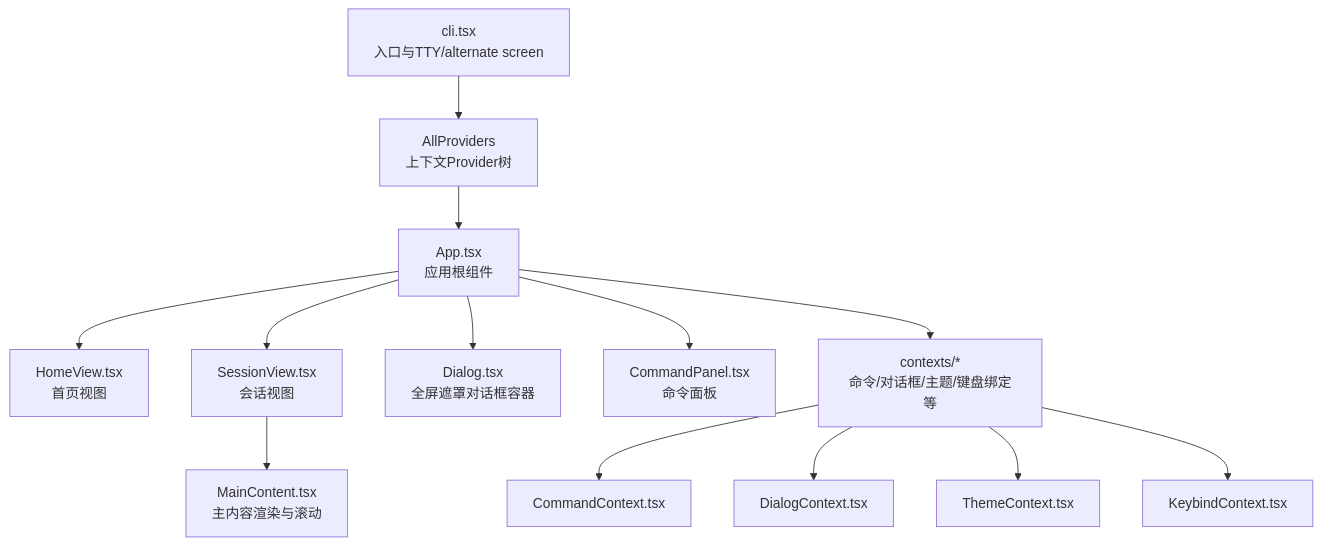
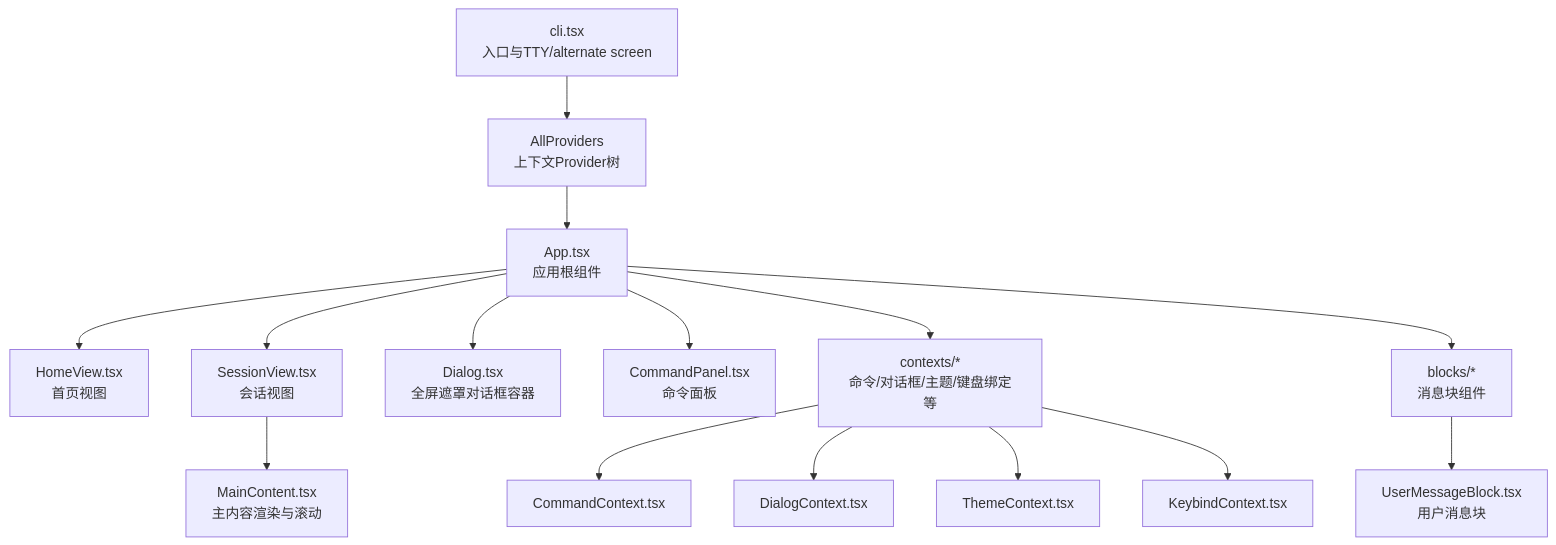
The first of 14 diagrams in .qoder/repowiki/zh/content/用户界面/命令行界面 (Terminal UI)/命令行界面 (Terminal UI).md (iammm0/secbot), drawn with Mermaid before and after one commit. The commit also changed other lines of this file and 9 other files, not shown here.

````diff
--- a/.qoder/repowiki/zh/content/用户界面/命令行界面 (Terminal UI)/命令行界面 (Terminal UI).md
+++ b/.qoder/repowiki/zh/content/用户界面/命令行界面 (Terminal UI)/命令行界面 (Terminal UI).md
@@ -52,15 +63,17 @@
 ```mermaid
 graph TB
 CLI["cli.tsx<br/>入口与TTY/alternate screen"] --> Providers["AllProviders<br/>上下文Provider树"]
 Providers --> App["App.tsx<br/>应用根组件"]
 App --> HomeView["HomeView.tsx<br/>首页视图"]
 App --> SessionView["SessionView.tsx<br/>会话视图"]
 App --> Dialog["Dialog.tsx<br/>全屏遮罩对话框容器"]
 App --> CommandPanel["CommandPanel.tsx<br/>命令面板"]
 App --> Contexts["contexts/*<br/>命令/对话框/主题/键盘绑定等"]
+App --> Blocks["blocks/*<br/>消息块组件"]
 SessionView --> MainContent["MainContent.tsx<br/>主内容渲染与滚动"]
 Contexts --> CommandContext["CommandContext.tsx"]
 Contexts --> DialogContext["DialogContext.tsx"]
 Contexts --> ThemeContext["ThemeContext.tsx"]
 Contexts --> KeybindContext["KeybindContext.tsx"]
+Blocks --> UserMessageBlock["UserMessageBlock.tsx<br/>用户消息块"]
 ```
````
